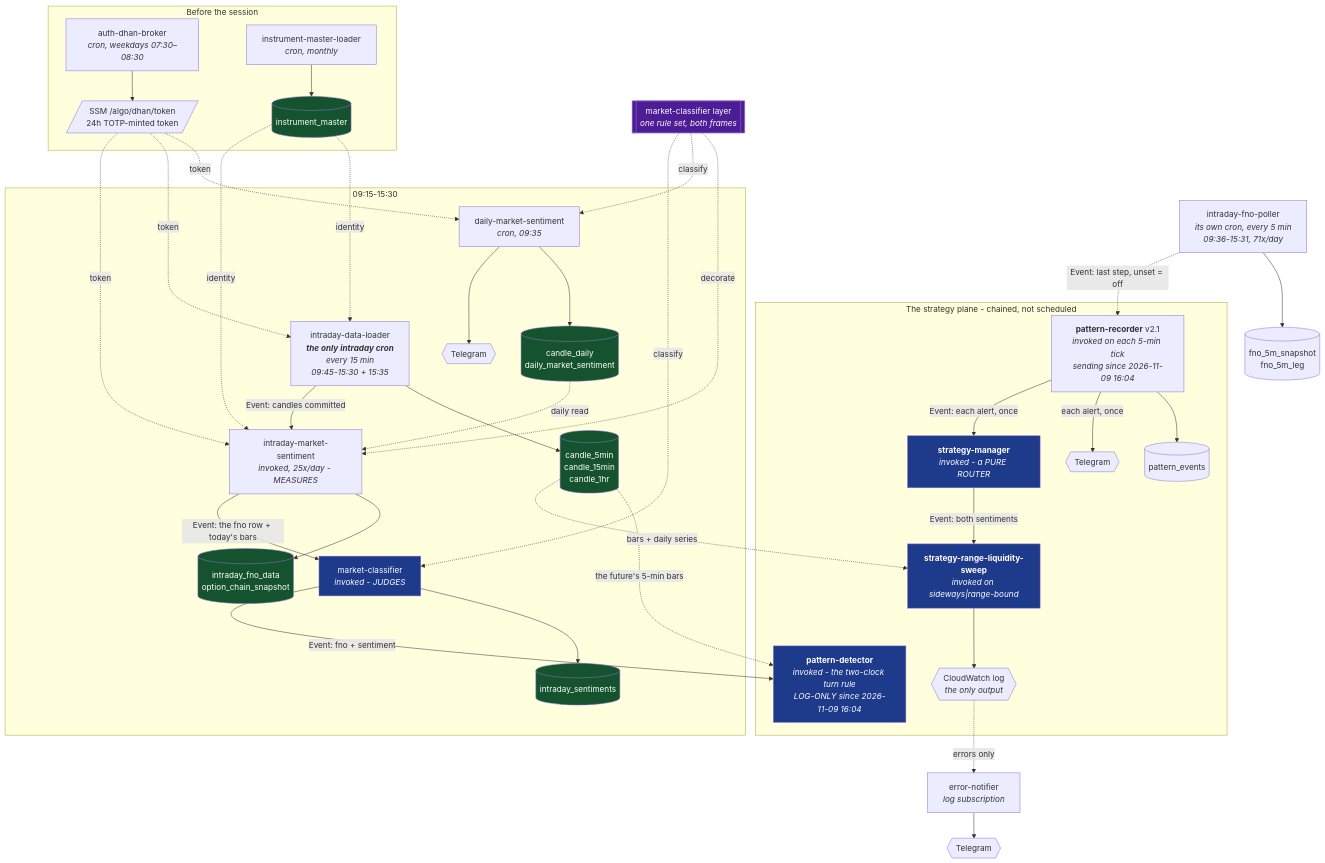
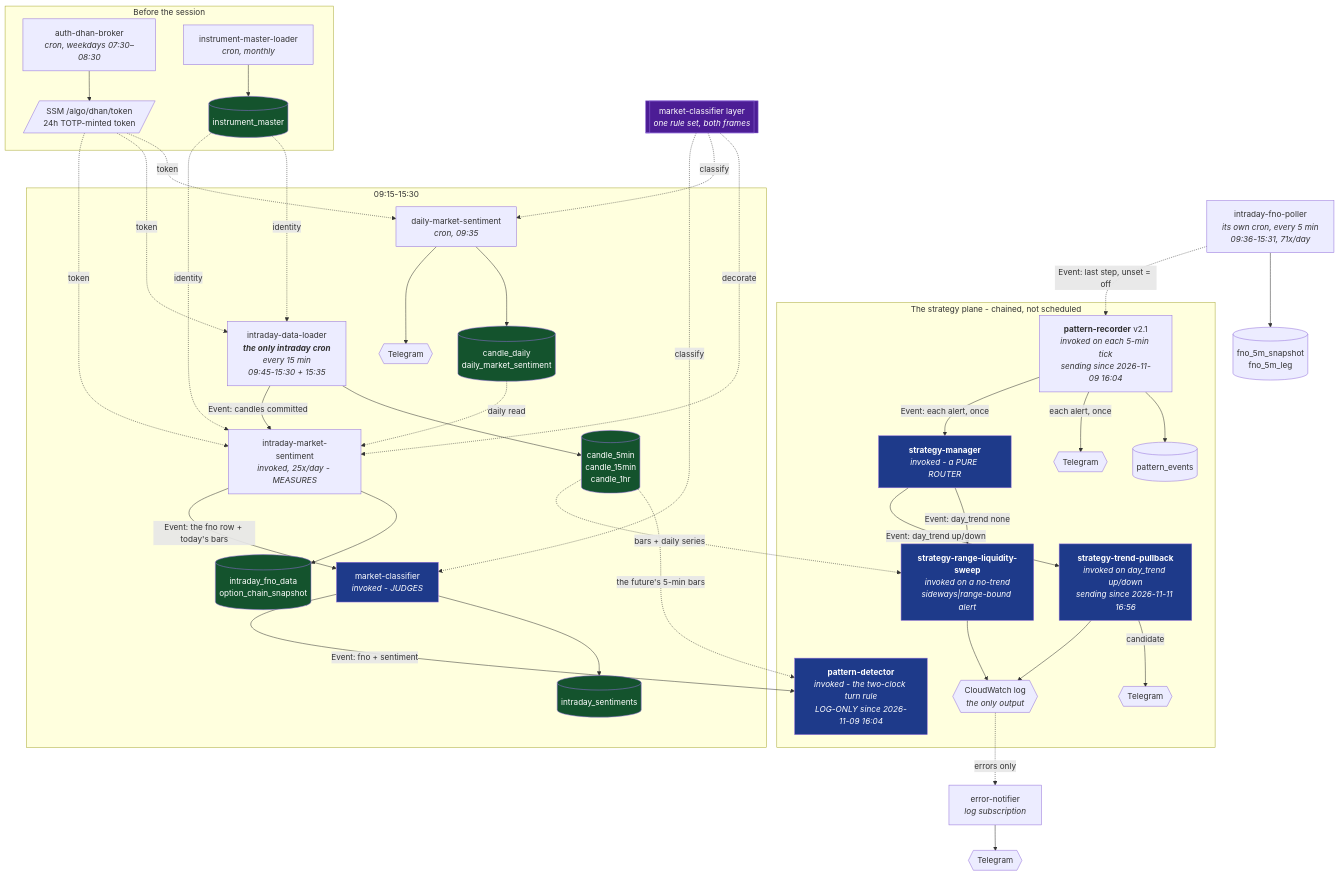
Before and after one commit to amar7585/aws-algo-claude: the first of 7 diagrams in docs/flow.md, drawn with Mermaid. The commit also changed other lines of this file and 3 other files, not shown here.

Commit message:
docs: strategy-trend-pullback live; manager routes on day_trend first

````diff
--- a/docs/flow.md
+++ b/docs/flow.md
@@ -10,63 +10,68 @@
 ```mermaid
 flowchart TD
     subgraph BEFORE["Before the session"]
         AUTH["auth-dhan-broker<br/><i>cron, weekdays 07:30–08:30</i>"] --> SSM[/"SSM /algo/dhan/token<br/>24h TOTP-minted token"/]
         LOADER["instrument-master-loader<br/><i>cron, monthly</i>"] --> IM[("instrument_master")]
     end
 
     subgraph SESSION["09:15-15:30"]
         DAILY["daily-market-sentiment<br/><i>cron, 09:35</i>"] --> DTBL[("candle_daily<br/>daily_market_sentiment")]
         DAILY --> TG1{{"Telegram"}}
 
         CANDLES["intraday-data-loader<br/><i><b>the only intraday cron</b><br/>every 15 min<br/>09:45-15:30 + 15:35</i>"] --> CTBL[("candle_5min<br/>candle_15min<br/>candle_1hr")]
 
         SENT["intraday-market-sentiment<br/><i>invoked, 25x/day - MEASURES</i>"] --> STBL[("intraday_fno_data<br/>option_chain_snapshot")]
         CLSF["market-classifier<br/><i>invoked - JUDGES</i>"] --> SENTBL[("intraday_sentiments")]
     end
 
     subgraph STRAT["The strategy plane - chained, not scheduled"]
         PD["<b>pattern-detector</b><br/><i>invoked - the two-clock turn rule<br/>LOG-ONLY since 2026-11-09 16:04</i>"]
         MGR["<b>strategy-manager</b><br/><i>invoked - a PURE ROUTER</i>"]
-        SWEEP["<b>strategy-range-liquidity-sweep</b><br/><i>invoked on sideways|range-bound</i>"]
+        SWEEP["<b>strategy-range-liquidity-sweep</b><br/><i>invoked on a no-trend<br/>sideways|range-bound alert</i>"]
+        TREND["<b>strategy-trend-pullback</b><br/><i>invoked on day_trend up/down<br/>sending since 2026-11-11 16:56</i>"]
         REC["<b>pattern-recorder</b> v2.1<br/><i>invoked on each 5-min tick<br/>sending since 2026-11-09 16:04</i>"] --> PEV[("pattern_events")]
         REC -->|"each alert, once"| TG3{{"Telegram"}}
         REC -->|"Event: each alert, once"| MGR
-        MGR -->|"Event: both sentiments"| SWEEP
+        MGR -->|"Event: day_trend none"| SWEEP
+        MGR -->|"Event: day_trend up/down"| TREND
         SWEEP --> LOG{{"CloudWatch log<br/><i>the only output</i>"}}
+        TREND -->|"candidate"| TG4{{"Telegram"}}
+        TREND --> LOG
     end
 
     POLL["intraday-fno-poller<br/><i>its own cron, every 5 min<br/>09:36-15:31, 71x/day</i>"] --> PTBL[("fno_5m_snapshot<br/>fno_5m_leg")]
     POLL -.->|"Event: last step, unset = off"| REC
 
     CANDLES -->|"Event: candles committed"| SENT
     SENT -->|"Event: the fno row + today's bars"| CLSF
     CLSF -->|"Event: fno + sentiment"| PD
 
     SSM -.token.-> DAILY
     SSM -.token.-> CANDLES
     SSM -.token.-> SENT
     CTBL -.the future's 5-min bars.-> PD
     CTBL -.bars + daily series.-> SWEEP
     DTBL -.daily read.-> SENT
     IM -.identity.-> CANDLES
     IM -.identity.-> SENT
 
     CLS[["market-classifier layer<br/><i>one rule set, both frames</i>"]]
     CLS -.decorate.-> SENT
     CLS -.classify.-> DAILY
     CLS -.classify.-> CLSF
     style CLS fill:#4c1d95,color:#fff
 
     ERR["error-notifier<br/><i>log subscription</i>"] --> TG2{{"Telegram"}}
     LOG -.errors only.-> ERR
 
     style STBL fill:#14532d,color:#fff
     style SENTBL fill:#14532d,color:#fff
     style CTBL fill:#14532d,color:#fff
     style DTBL fill:#14532d,color:#fff
     style IM fill:#14532d,color:#fff
     style CLSF fill:#1e3a8a,color:#fff
     style PD fill:#1e3a8a,color:#fff
     style MGR fill:#1e3a8a,color:#fff
     style SWEEP fill:#1e3a8a,color:#fff
+    style TREND fill:#1e3a8a,color:#fff
 ```
````
